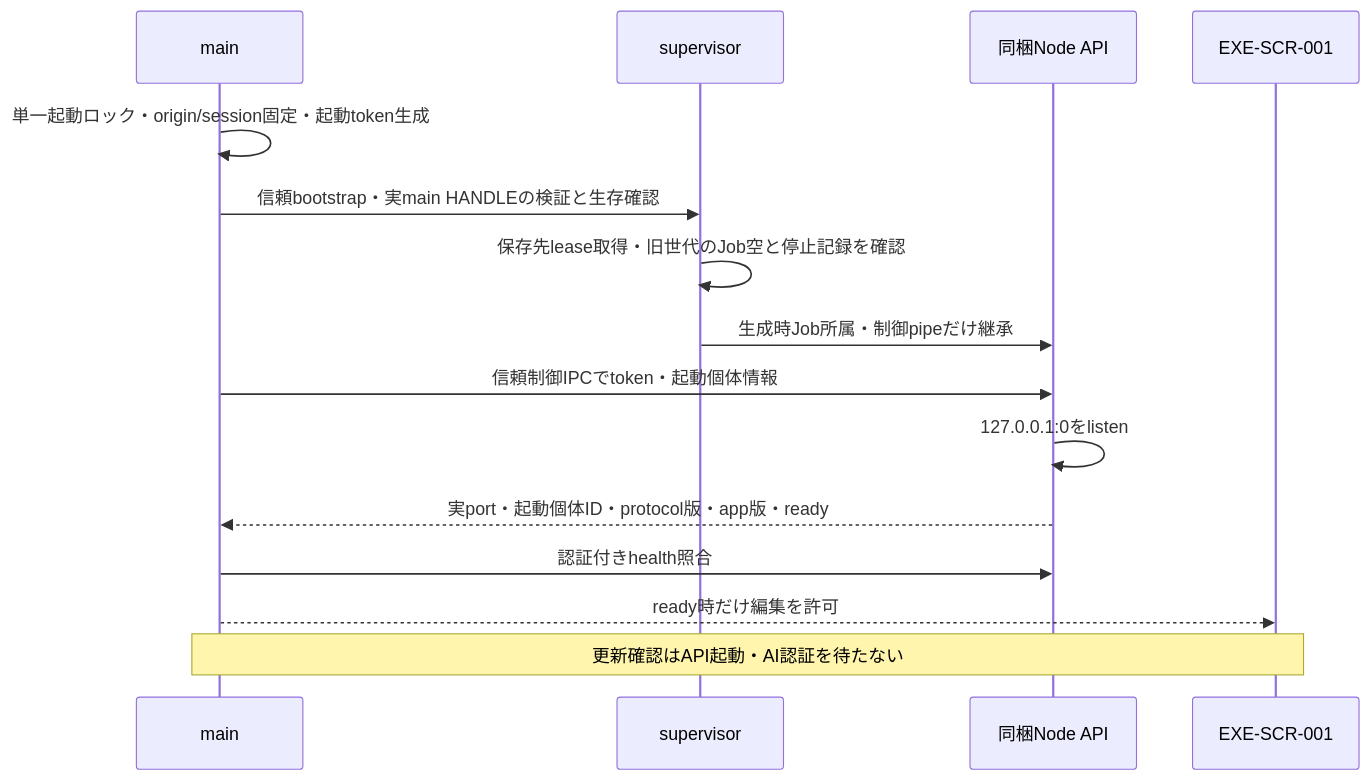
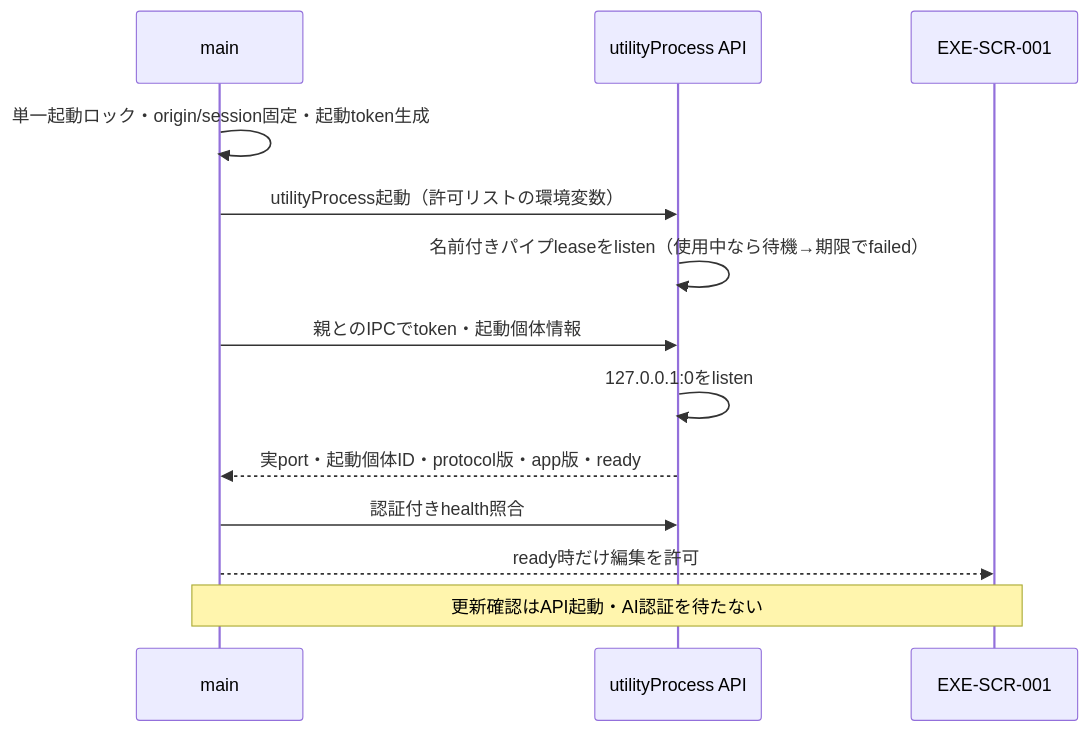
The third of 6 diagrams in docs/desktop-release-runtime.md (itiwoja/DC-Designer), drawn with Mermaid before and after one commit. The commit also changed other lines of this file and 1 other file, not shown here.

````diff
--- a/docs/desktop-release-runtime.md
+++ b/docs/desktop-release-runtime.md
@@ -127,17 +96,15 @@
 ```mermaid
 sequenceDiagram
   participant M as main
-  participant S as supervisor
-  participant N as 同梱Node API
+  participant N as utilityProcess API
   participant R as EXE-SCR-001
   M->>M: 単一起動ロック・origin/session固定・起動token生成
-  M->>S: 信頼bootstrap・実main HANDLEの検証と生存確認
-  S->>S: 保存先lease取得・旧世代のJob空と停止記録を確認
-  S->>N: 生成時Job所属・制御pipeだけ継承
-  M->>N: 信頼制御IPCでtoken・起動個体情報
+  M->>N: utilityProcess起動（許可リストの環境変数）
+  N->>N: 名前付きパイプleaseをlisten（使用中なら待機→期限でfailed）
+  M->>N: 親とのIPCでtoken・起動個体情報
   N->>N: 127.0.0.1:0をlisten
   N-->>M: 実port・起動個体ID・protocol版・app版・ready
   M->>N: 認証付きhealth照合
   M-->>R: ready時だけ編集を許可
   Note over M,R: 更新確認はAPI起動・AI認証を待たない
 ```
````
